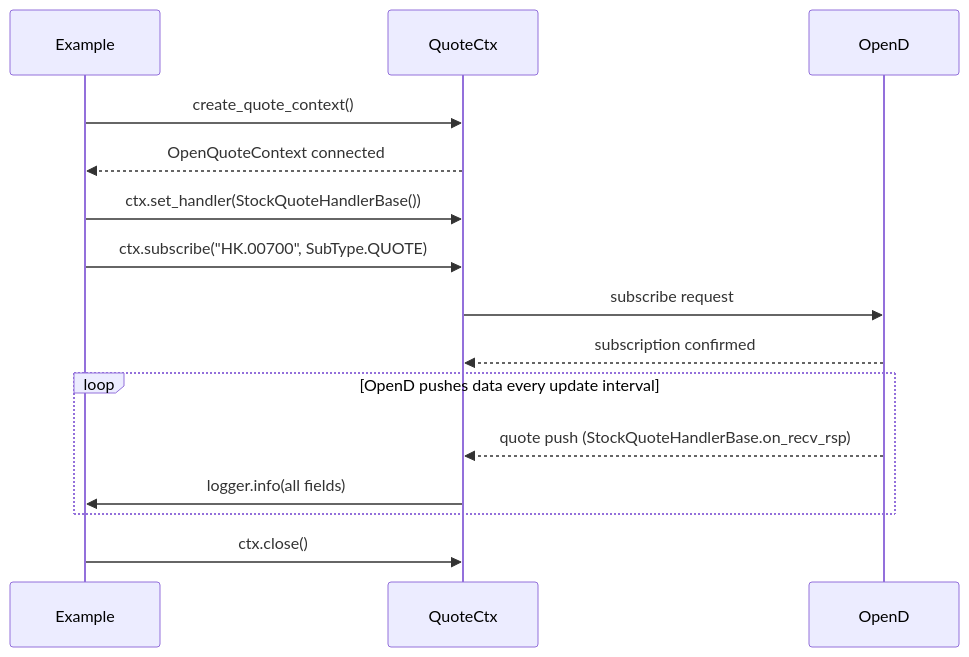
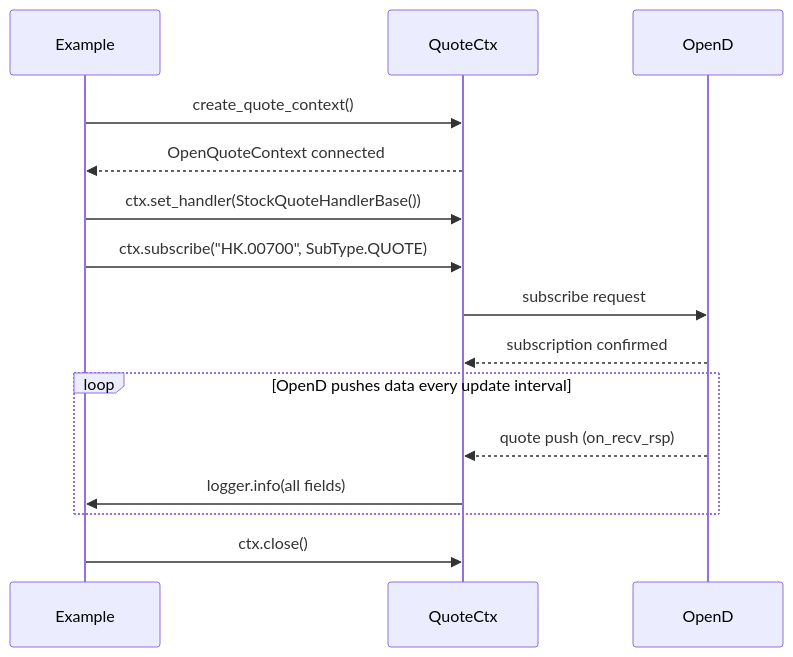
Before and after one commit to shing1211/futu-python-samples: the third of 6 diagrams in ARCHITECTURE.md, drawn with Mermaid. The commit also changed other lines of this file, not shown here.

First line of the commit message:
docs: regenerate ARCHITECTURE.md from GitNexus knowledge graph

````diff
--- a/ARCHITECTURE.md
+++ b/ARCHITECTURE.md
@@ -229,18 +385,18 @@
 ```mermaid
 sequenceDiagram
     participant Example
     participant QuoteCtx
     participant OpenD
 
     Example->>QuoteCtx: create_quote_context()
     QuoteCtx-->>Example: OpenQuoteContext connected
     Example->>QuoteCtx: ctx.set_handler(StockQuoteHandlerBase())
     Example->>QuoteCtx: ctx.subscribe("HK.00700", SubType.QUOTE)
     QuoteCtx->>OpenD: subscribe request
     OpenD-->>QuoteCtx: subscription confirmed
     loop OpenD pushes data every update interval
-        OpenD-->>QuoteCtx: quote push (StockQuoteHandlerBase.on_recv_rsp)
+        OpenD-->>QuoteCtx: quote push (on_recv_rsp)
         QuoteCtx->>Example: logger.info(all fields)
     end
     Example->>QuoteCtx: ctx.close()
 ```
````
